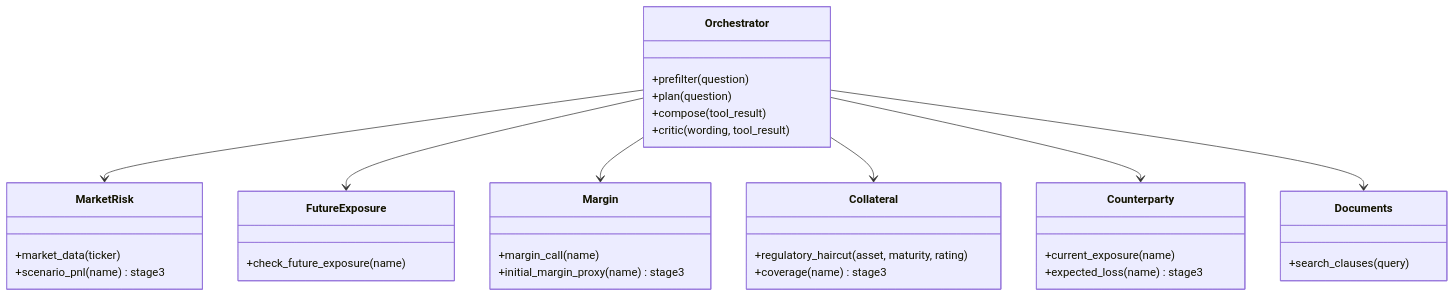
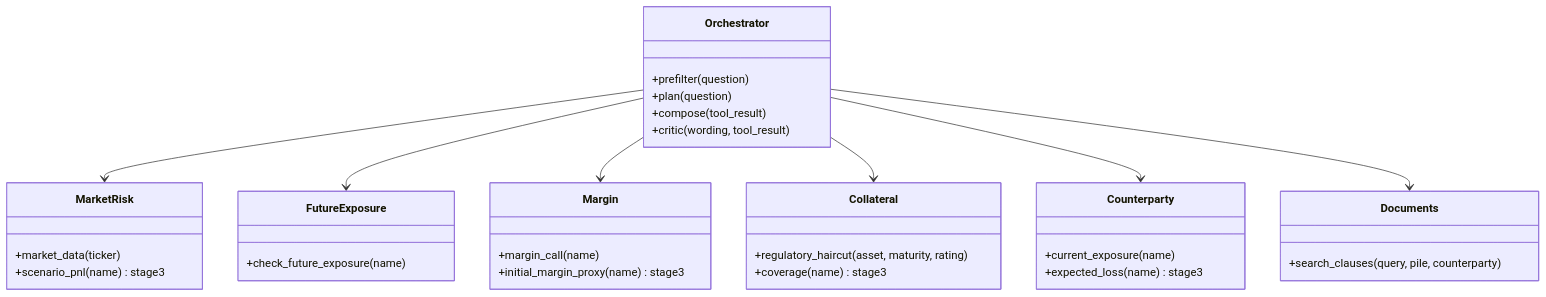
Before and after one commit to I-AM-THE-ONE-WHO-KNOCKS/Capstone_IITKGP_2026_Team_3SU: the second of 7 diagrams in RiskSphere/README.md, drawn with Mermaid. The commit also changed other lines of this file and 25 other files, not shown here.

````diff
--- a/RiskSphere/README.md
+++ b/RiskSphere/README.md
@@ -289,37 +290,37 @@
 ```mermaid
 classDiagram
   class Orchestrator {
     +prefilter(question)
     +plan(question)
     +compose(tool_result)
     +critic(wording, tool_result)
   }
   class MarketRisk {
     +market_data(ticker)
     +scenario_pnl(name) stage3
   }
   class FutureExposure {
     +check_future_exposure(name)
   }
   class Margin {
     +margin_call(name)
     +initial_margin_proxy(name) stage3
   }
   class Collateral {
     +regulatory_haircut(asset, maturity, rating)
     +coverage(name) stage3
   }
   class Counterparty {
     +current_exposure(name)
     +expected_loss(name) stage3
   }
   class Documents {
-    +search_clauses(query)
+    +search_clauses(query, pile, counterparty)
   }
   Orchestrator --> MarketRisk
   Orchestrator --> FutureExposure
   Orchestrator --> Margin
   Orchestrator --> Collateral
   Orchestrator --> Counterparty
   Orchestrator --> Documents
 ```
````
